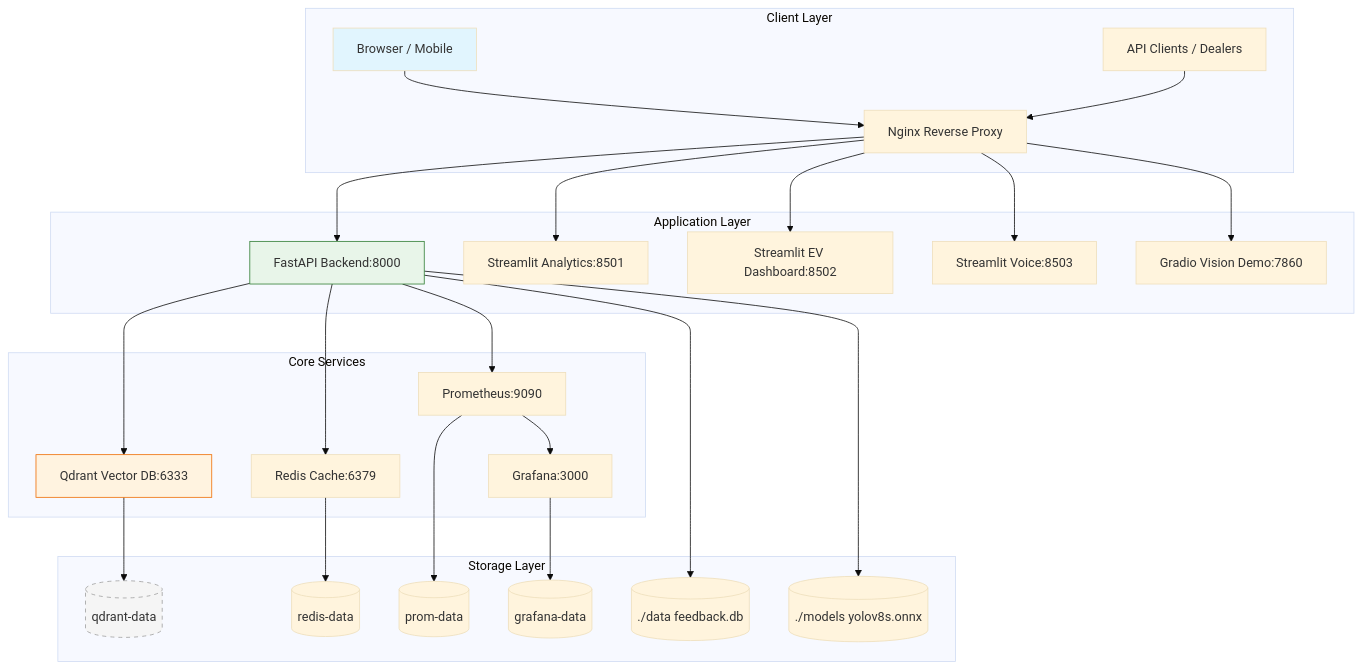
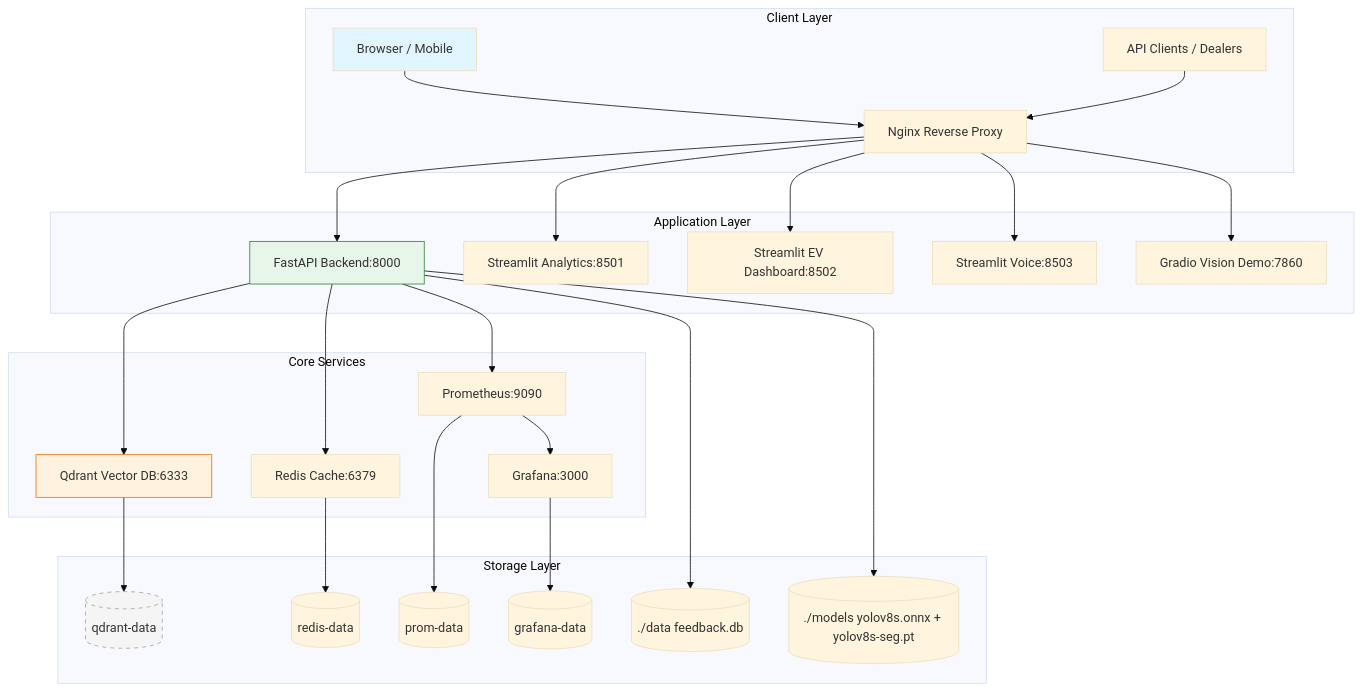
Before and after one commit to yuvraajnarula/refurbcortex: the first of 4 diagrams in README.md, drawn with Mermaid (base theme). The commit also changed other lines of this file, not shown here.

````diff
--- a/README.md
+++ b/README.md
@@ -3,36 +6,36 @@
 ```mermaid
 graph TD
     subgraph "Client Layer"
         A[Browser / Mobile] --> B[Nginx Reverse Proxy]
         C[API Clients / Dealers] --> B
     end
 
     subgraph "Application Layer"
         B --> D[FastAPI Backend:8000]
         B --> E[Streamlit Analytics:8501]
         B --> F[Streamlit EV Dashboard:8502]
         B --> G[Streamlit Voice:8503]
         B --> H[Gradio Vision Demo:7860]
     end
 
     subgraph "Core Services"
         D --> I[Qdrant Vector DB:6333]
         D --> J[Redis Cache:6379]
         D --> K[Prometheus:9090]
         K --> L[Grafana:3000]
     end
 
     subgraph "Storage Layer"
         I --> M[(qdrant-data)]
         J --> N[(redis-data)]
         K --> O[(prom-data)]
         L --> P[(grafana-data)]
         D --> Q[(./data feedback.db)]
-        D --> R[(./models yolov8s.onnx)]
+        D --> R[(./models yolov8s.onnx + yolov8s-seg.pt)]
     end
 
     style A fill:#e1f5fe
     style D fill:#e8f5e9,stroke:#2e7d32
     style I fill:#fff3e0,stroke:#ef6c00
     style M fill:#f5f5f5,stroke:#9e9e9e,stroke-dasharray:5
 ```
````
